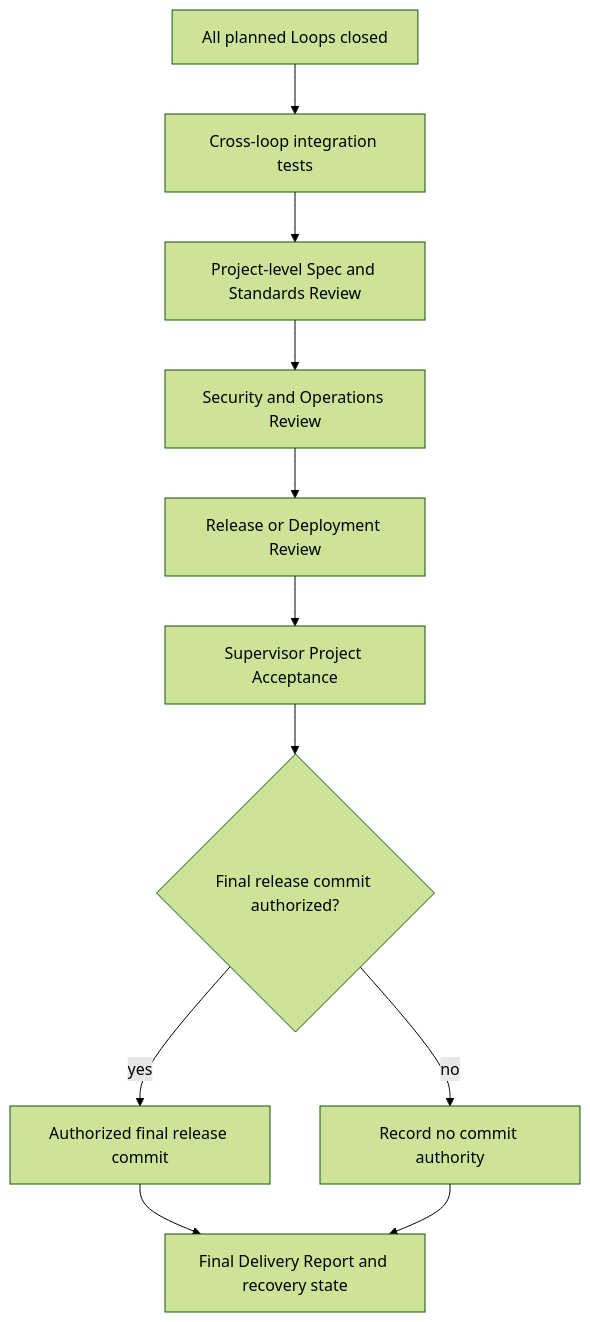
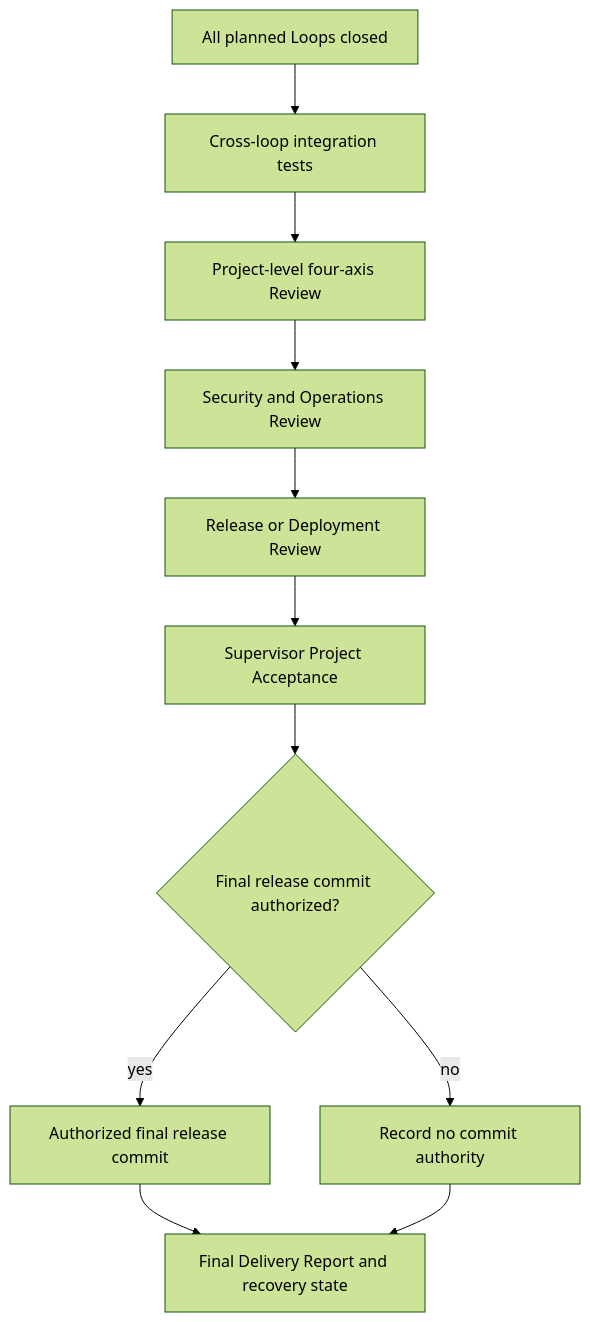
Before and after one commit to tutict/LoopPilot: the diagram in docs/project-closure.md, drawn with Mermaid (forest theme). The commit also changed 77 other files, not shown here.

Commit message:
feat: formalize four-axis review and evaluation protocol

````diff
--- a/docs/project-closure.md
+++ b/docs/project-closure.md
@@ -9,13 +9,13 @@
 ```mermaid
 flowchart TD
     A["All planned Loops closed"] --> B["Cross-loop integration tests"]
-    B --> C["Project-level Spec and Standards Review"]
+    B --> C["Project-level four-axis Review"]
     C --> D["Security and Operations Review"]
     D --> E["Release or Deployment Review"]
     E --> F["Supervisor Project Acceptance"]
     F --> G{"Final release commit authorized?"}
     G -->|yes| H["Authorized final release commit"]
     G -->|no| I["Record no commit authority"]
     H --> J["Final Delivery Report and recovery state"]
     I --> J
 ```
````
